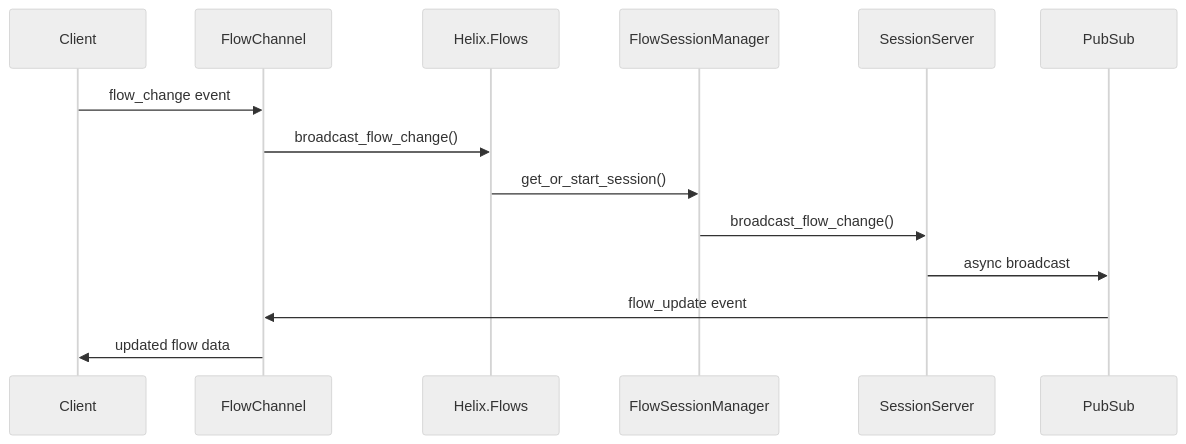
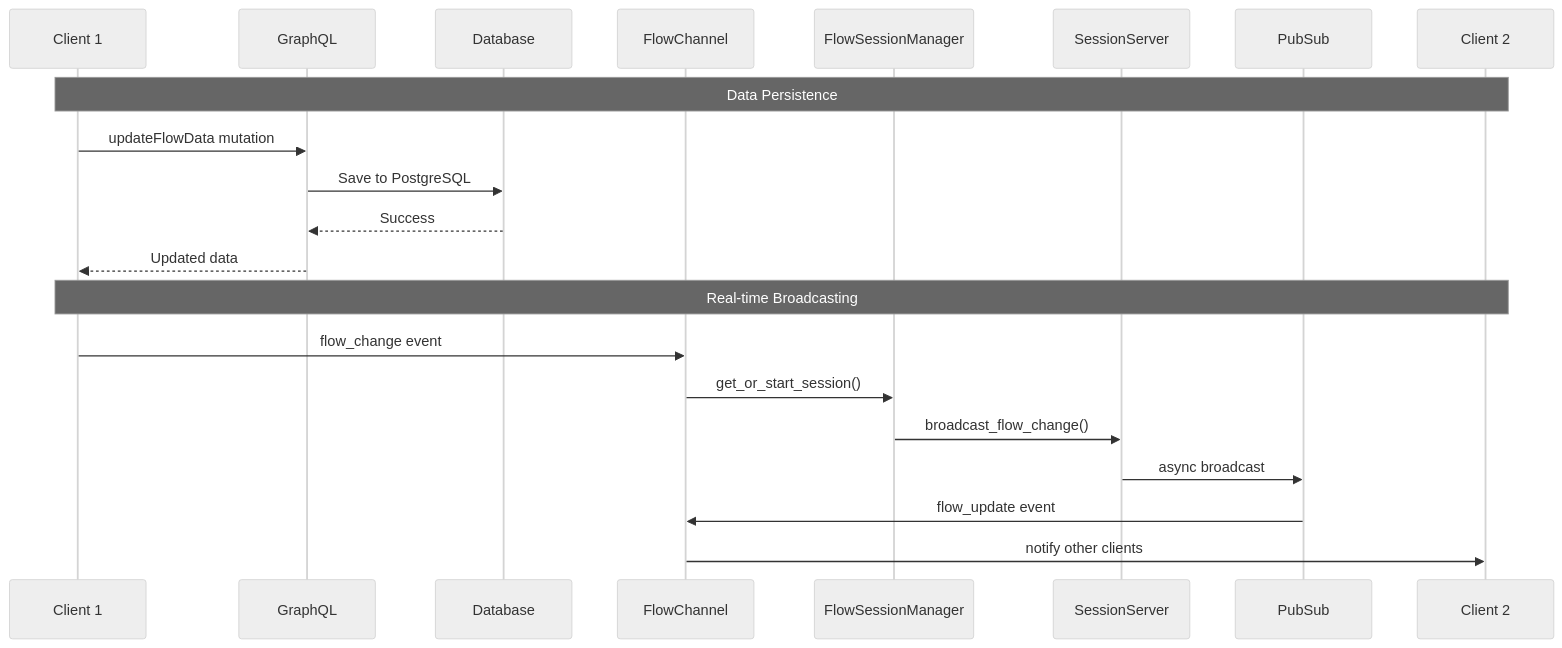
The third of 3 diagrams in docs/architecture.md (ccarvalho-eng/helix), drawn with Mermaid before and after one commit. The commit also changed other lines of this file and 22 other files, not shown here.

````diff
--- a/docs/architecture.md
+++ b/docs/architecture.md
@@ -64,18 +124,26 @@
 ```mermaid
 %%{init: {'theme':'neutral'}}%%
 sequenceDiagram
-    participant C as Client
+    participant C1 as Client 1
+    participant GQL as GraphQL
+    participant DB as Database
     participant FC as FlowChannel
-    participant FB as Helix.Flows
     participant FSM as FlowSessionManager
     participant SS as SessionServer
     participant PUB as PubSub
+    participant C2 as Client 2
 
-    C->>FC: flow_change event
-    FC->>FB: broadcast_flow_change()
-    FB->>FSM: get_or_start_session()
+    Note over C1,C2: Data Persistence
+    C1->>GQL: updateFlowData mutation
+    GQL->>DB: Save to PostgreSQL
+    DB-->>GQL: Success
+    GQL-->>C1: Updated data
+
+    Note over C1,C2: Real-time Broadcasting
+    C1->>FC: flow_change event
+    FC->>FSM: get_or_start_session()
     FSM->>SS: broadcast_flow_change()
     SS->>PUB: async broadcast
     PUB->>FC: flow_update event
-    FC->>C: updated flow data
+    FC->>C2: notify other clients
 ```
````
